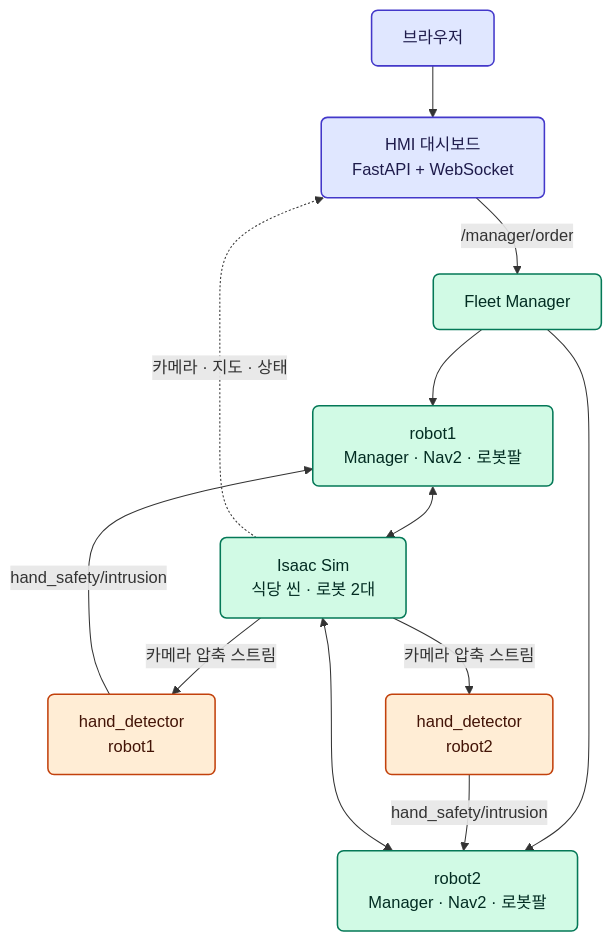
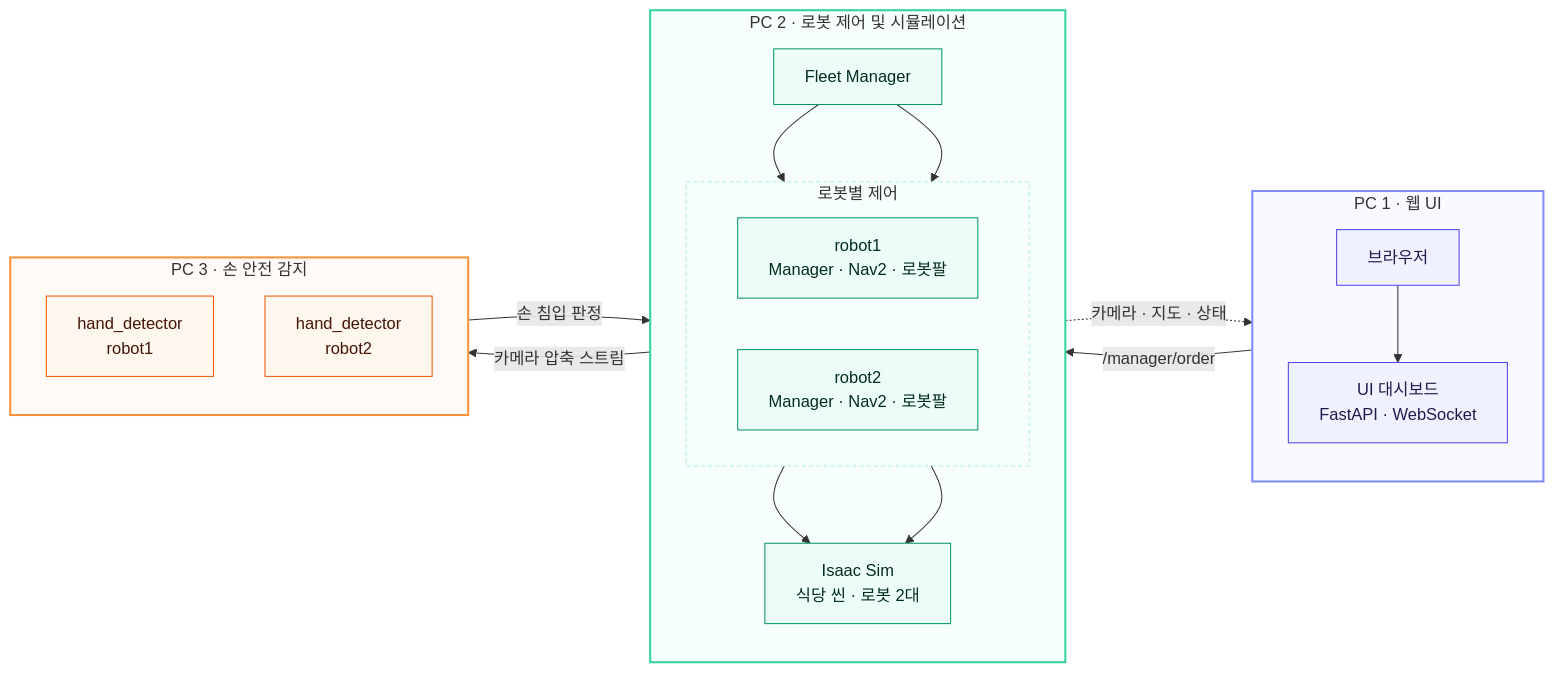
The first of 2 diagrams in README.md (2028jun/Rokey_Co3_A1), drawn with Mermaid before and after one commit. The commit also changed other lines of this file, not shown here.

Commit message:
docs: sync latest README from main

````diff
--- a/README.md
+++ b/README.md
@@ -41,21 +41,50 @@
 ```mermaid
-flowchart TB
-    Browser["브라우저"] --> HMI["HMI 대시보드\nFastAPI + WebSocket"]
-    HMI -->|"/manager/order"| Fleet["Fleet Manager"]
-    Fleet --> M1["robot1\nManager · Nav2 · 로봇팔"]
-    Fleet --> M2["robot2\nManager · Nav2 · 로봇팔"]
-    M1 <--> Isaac["Isaac Sim\n식당 씬 · 로봇 2대"]
-    M2 <--> Isaac
-    Isaac -->|"카메라 압축 스트림"| Y1["hand_detector\nrobot1"]
-    Isaac -->|"카메라 압축 스트림"| Y2["hand_detector\nrobot2"]
-    Y1 -->|"hand_safety/intrusion"| M1
-    Y2 -->|"hand_safety/intrusion"| M2
-    Isaac -.->|"카메라 · 지도 · 상태"| HMI
+flowchart LR
+    subgraph WebPC["PC 1 · 웹 UI"]
+        direction TB
+        Browser["브라우저"]
+        UI["UI 대시보드<br/>FastAPI · WebSocket"]
+        Browser --> UI
+    end
 
-    classDef web fill:#e0e7ff,stroke:#4338ca,color:#1e1b4b,stroke-width:1.5px,rx:6,ry:6;
-    classDef main fill:#d1fae5,stroke:#047857,color:#022c22,stroke-width:1.5px,rx:6,ry:6;
-    classDef yolo fill:#ffedd5,stroke:#c2410c,color:#431407,stroke-width:1.5px,rx:6,ry:6;
-    class Browser,HMI web
-    class Fleet,M1,M2,Isaac main
-    class Y1,Y2 yolo
+    subgraph MainPC["PC 2 · 로봇 제어 및 시뮬레이션"]
+        direction TB
+        Fleet["Fleet Manager"]
+
+        subgraph RobotControl["로봇별 제어"]
+            direction LR
+            M1["robot1<br/>Manager · Nav2 · 로봇팔"]
+            M2["robot2<br/>Manager · Nav2 · 로봇팔"]
+        end
+
+        Isaac["Isaac Sim<br/>식당 씬 · 로봇 2대"]
+
+        Fleet --> M1
+        Fleet --> M2
+        M1 --> Isaac
+        M2 --> Isaac
+    end
+
+    subgraph YoloPC["PC 3 · 손 안전 감지"]
+        direction TB
+        Y1["hand_detector<br/>robot1"]
+        Y2["hand_detector<br/>robot2"]
+    end
+
+    UI -->|"/manager/order"| Fleet
+    Isaac -->|"카메라 압축 스트림"| Y1
+    Y1 -->|"손 침입 판정"| M1
+    Isaac -.->|"카메라 · 지도 · 상태"| UI
+
+    classDef web fill:#eef2ff,stroke:#4f46e5,color:#1e1b4b;
+    classDef main fill:#ecfdf5,stroke:#059669,color:#022c22;
+    classDef yolo fill:#fff7ed,stroke:#ea580c,color:#431407;
+    class Browser,UI web;
+    class Fleet,M1,M2,Isaac main;
+    class Y1,Y2 yolo;
+
+    style WebPC fill:#f8faff,stroke:#818cf8,stroke-width:2px
+    style MainPC fill:#f6fffb,stroke:#34d399,stroke-width:2px
+    style RobotControl fill:none,stroke:#a7f3d0,stroke-dasharray:4 3
+    style YoloPC fill:#fffaf5,stroke:#fb923c,stroke-width:2px
 ```
````
